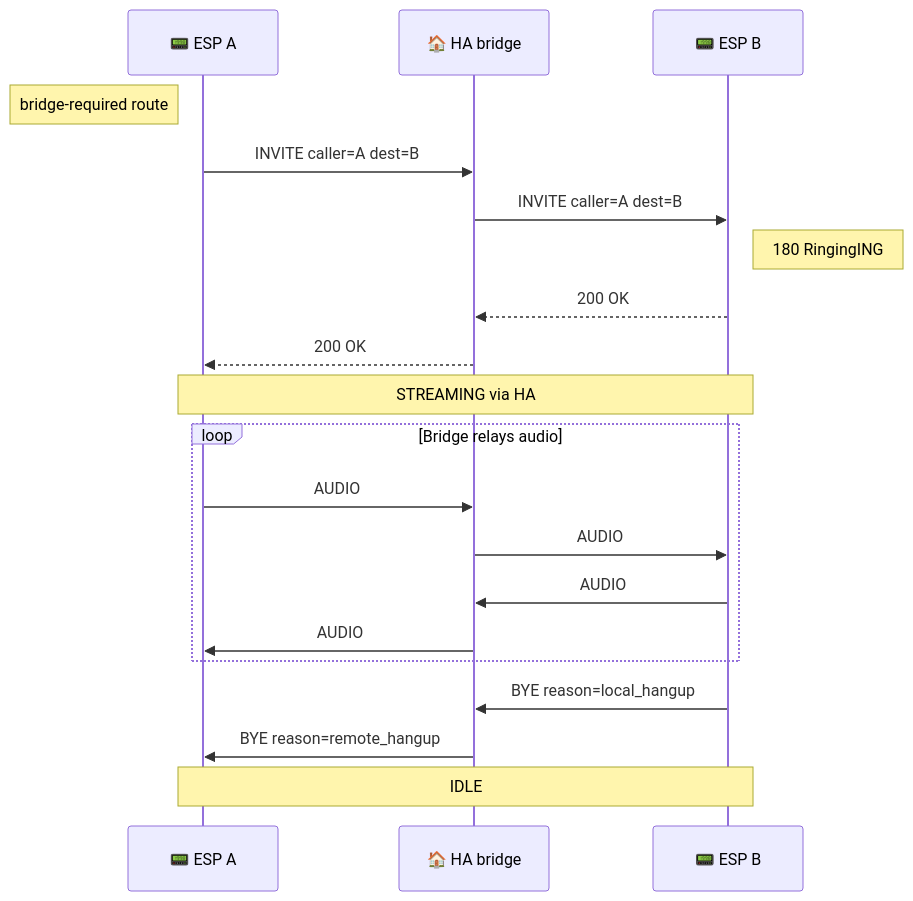
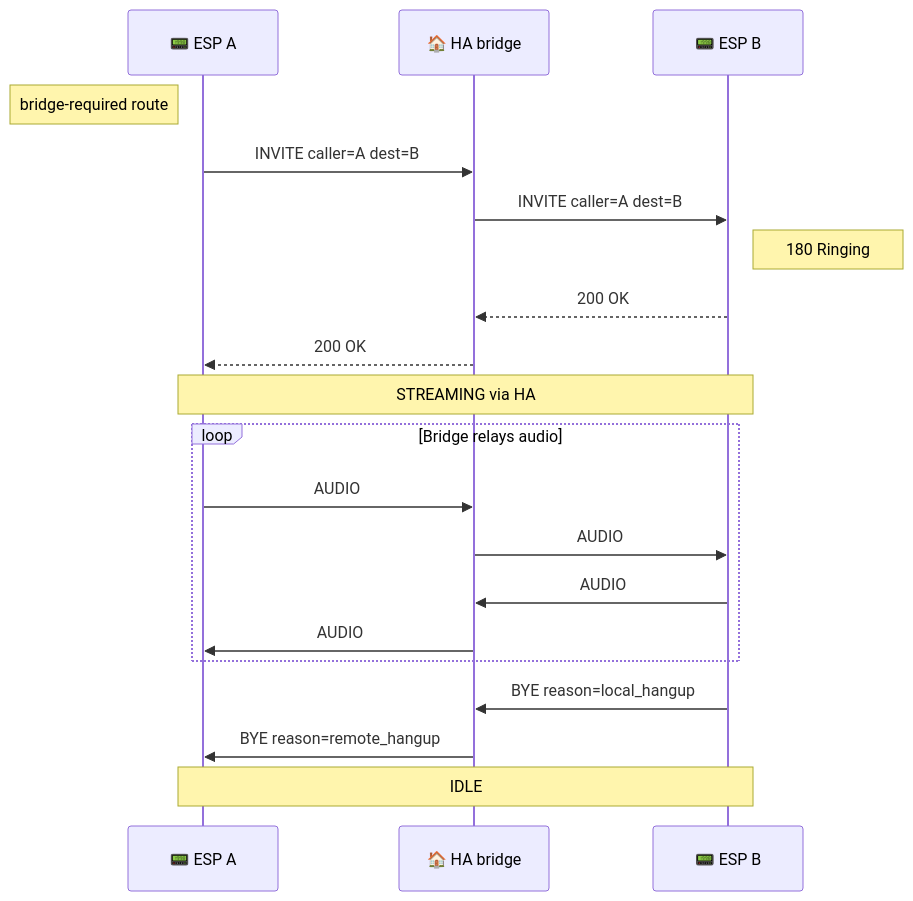
Before and after one commit to csfrussa/esphome-intercom: the sixth of 6 diagrams in README.md, drawn with Mermaid. The commit also changed other lines of this file, not shown here.

Commit message:
Refactor README flow

````diff
--- a/README.md
+++ b/README.md
@@ -1290,25 +1115,25 @@
 ```mermaid
 sequenceDiagram
     participant A as 📟 ESP A
     participant HA as 🏠 HA bridge
     participant B as 📟 ESP B
 
     Note left of A: bridge-required route
     A->>HA: INVITE caller=A dest=B
     HA->>B: INVITE caller=A dest=B
-    Note right of B: 180 RingingING
+    Note right of B: 180 Ringing
     B-->>HA: 200 OK
     HA-->>A: 200 OK
     Note over A,B: STREAMING via HA
 
     loop Bridge relays audio
         A->>HA: AUDIO
         HA->>B: AUDIO
         B->>HA: AUDIO
         HA->>A: AUDIO
     end
 
     B->>HA: BYE reason=local_hangup
     HA->>A: BYE reason=remote_hangup
     Note over A,B: IDLE
 ```
````
